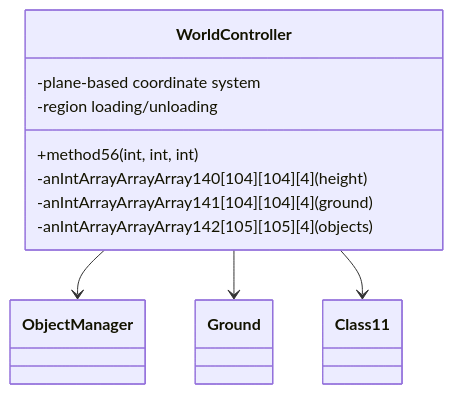
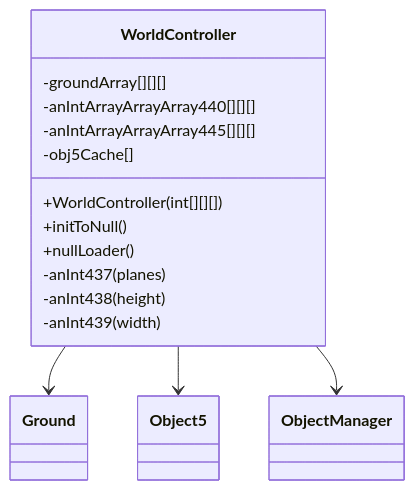
One commit to daxxog/solmud changed the diagram in bytecode/mapping/evidence/verified/WorldController_NYFUGYQS.md. Above: the diagram before and after it, drawn with Mermaid. The commit also changed other lines of this file and 39 other files, not shown here.

````diff
--- a/bytecode/mapping/evidence/verified/WorldController_NYFUGYQS.md
+++ b/bytecode/mapping/evidence/verified/WorldController_NYFUGYQS.md
@@ -116,12 +17,16 @@
 ```mermaid
 classDiagram
+    WorldController --> Ground
+    WorldController --> Object5
     WorldController --> ObjectManager
-    WorldController --> Ground
-    WorldController --> Class11
-    WorldController : +method56(int, int, int)
-    WorldController : -anIntArrayArrayArray140[104][104][4] (height)
-    WorldController : -anIntArrayArrayArray141[104][104][4] (ground)
-    WorldController : -anIntArrayArrayArray142[105][105][4] (objects)
-    WorldController : -plane-based coordinate system
-    WorldController : -region loading/unloading
+    WorldController : +WorldController(int[][][])
+    WorldController : +initToNull()
+    WorldController : +nullLoader()
+    WorldController : -groundArray[][][]
+    WorldController : -anIntArrayArrayArray440[][][]
+    WorldController : -anIntArrayArrayArray445[][][]
+    WorldController : -obj5Cache[]
+    WorldController : -anInt437 (planes)
+    WorldController : -anInt438 (height)
+    WorldController : -anInt439 (width)
 ```
````
